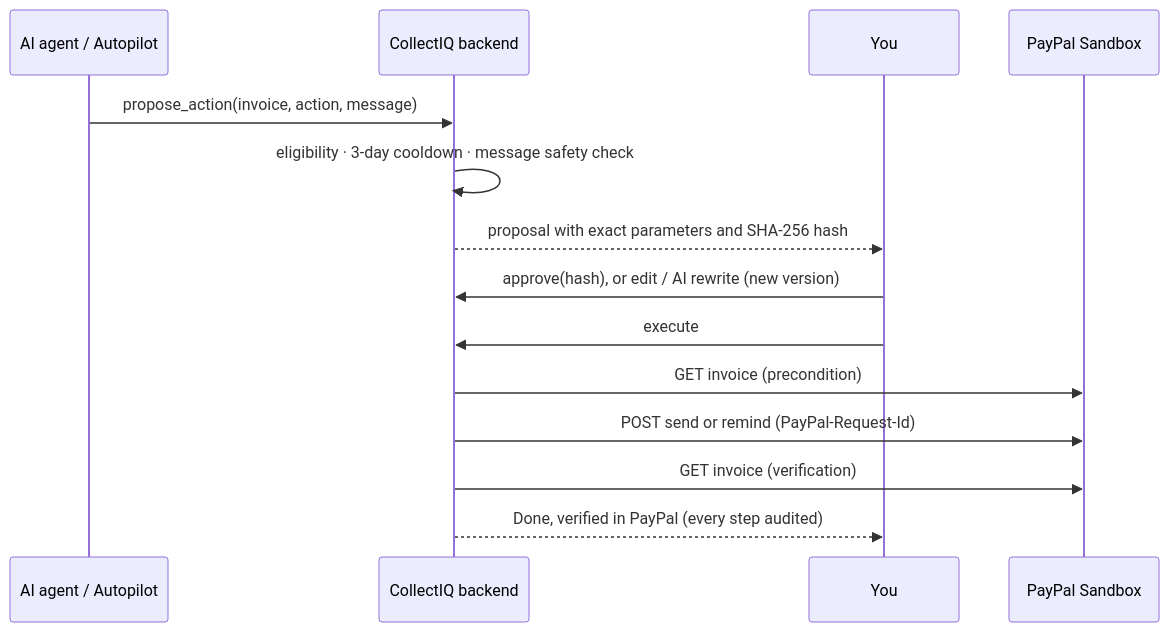
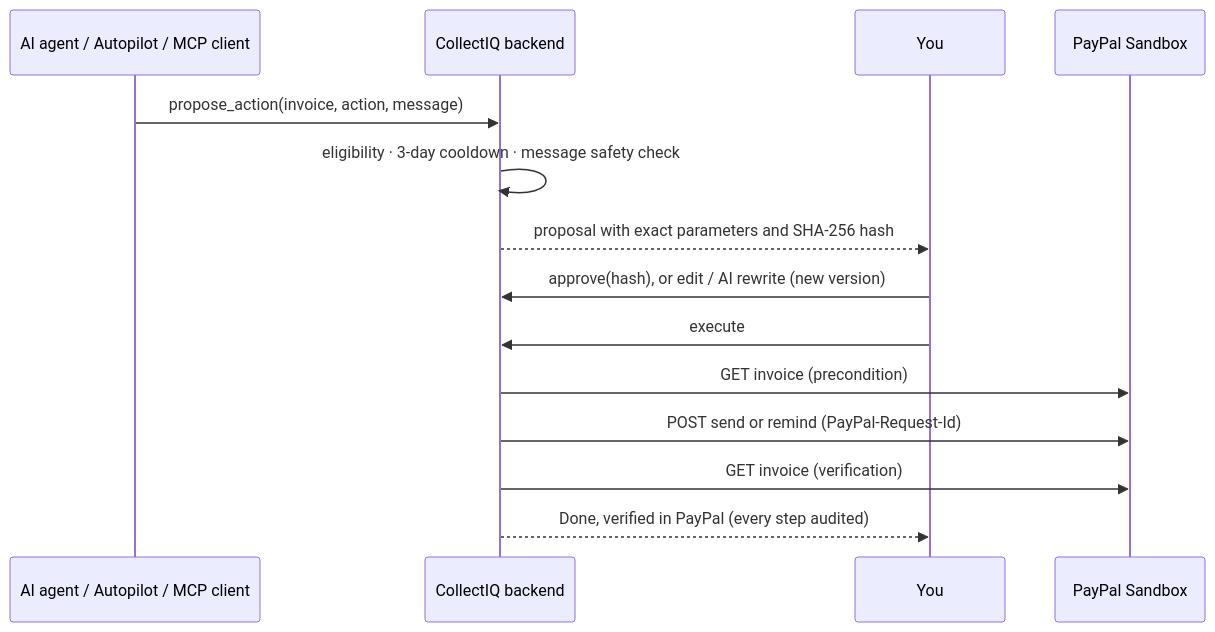
Before and after one commit to Ahmed-Bakier/collectiq-ai: the diagram in README.md, drawn with Mermaid. The commit also changed other lines of this file and 6 other files, not shown here.

First line of the commit message:
docs(readme): add webhooks, payment links, MCP server and diagrams

````diff
--- a/README.md
+++ b/README.md
@@ -139,16 +161,16 @@
 ```mermaid
 sequenceDiagram
-    participant AI as AI agent / Autopilot
+    participant AI as AI agent / Autopilot / MCP client
     participant B as CollectIQ backend
     participant H as You
     participant P as PayPal Sandbox
     AI->>B: propose_action(invoice, action, message)
     B->>B: eligibility · 3-day cooldown · message safety check
     B-->>H: proposal with exact parameters and SHA-256 hash
     H->>B: approve(hash), or edit / AI rewrite (new version)
     H->>B: execute
     B->>P: GET invoice (precondition)
     B->>P: POST send or remind (PayPal-Request-Id)
     B->>P: GET invoice (verification)
     B-->>H: Done, verified in PayPal (every step audited)
 ```
````
